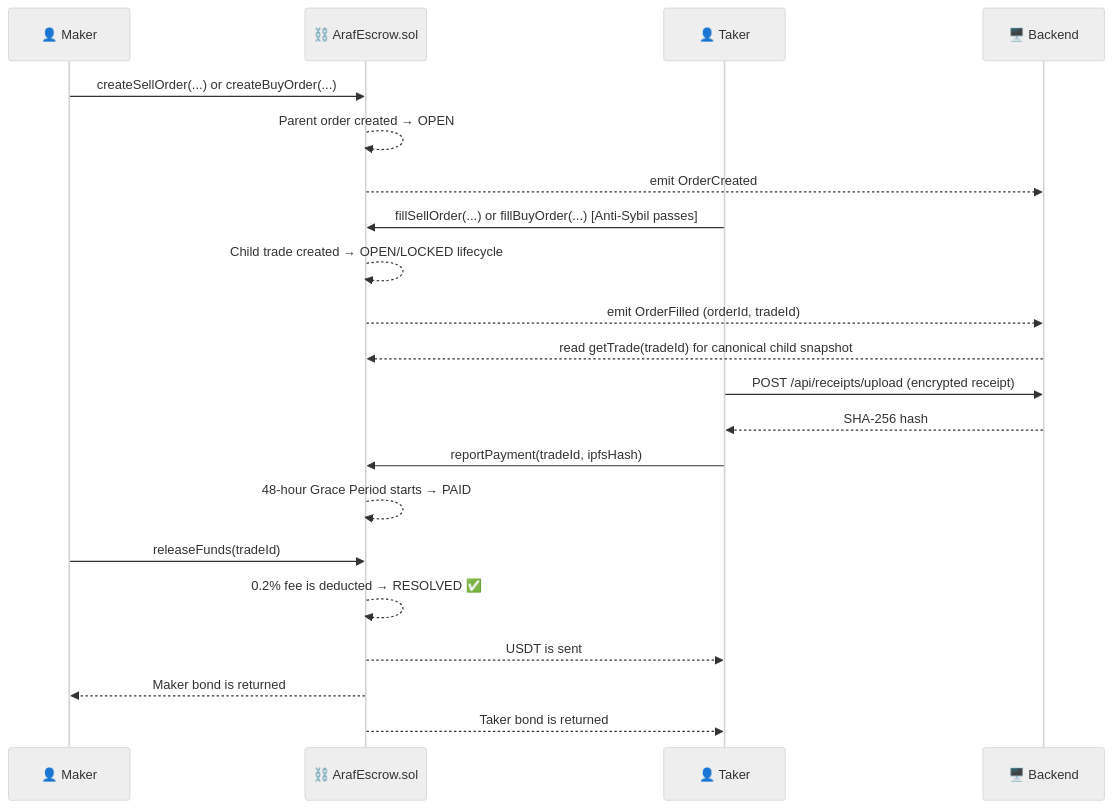
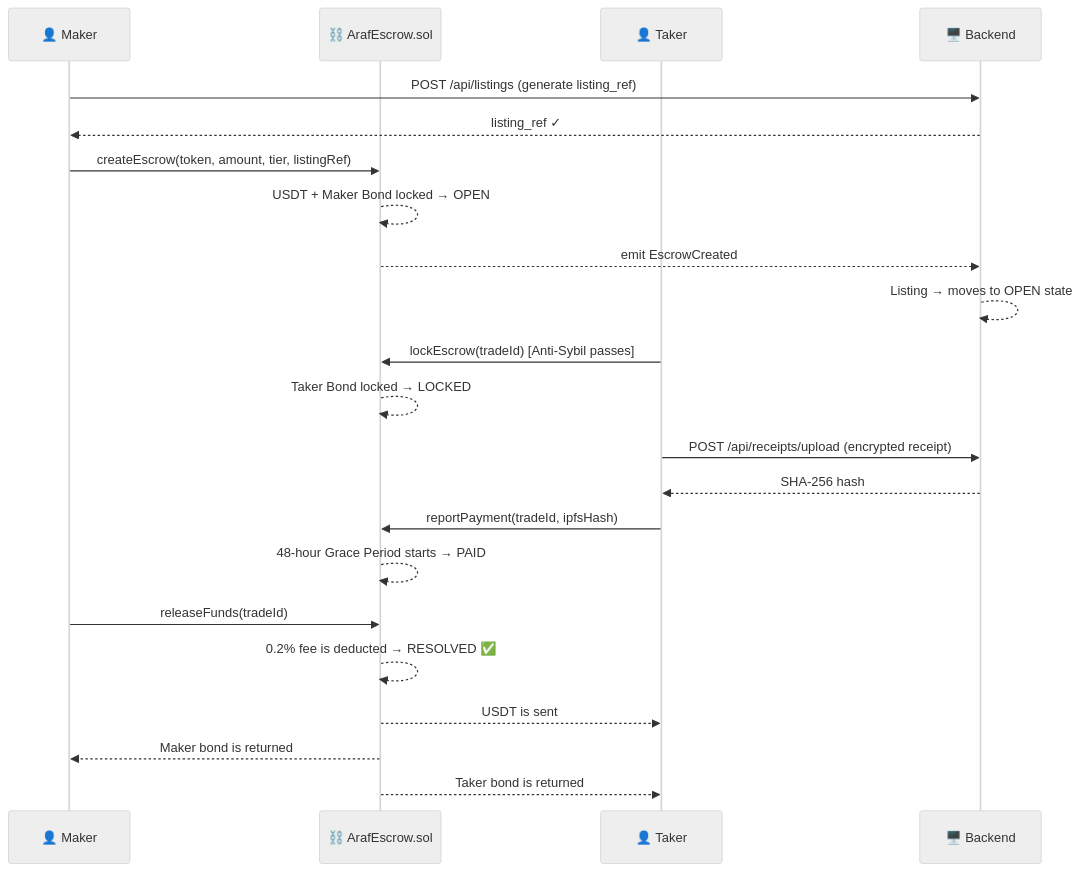
Before and after one commit to MyDemir/Araf-Protokol: the third of 9 diagrams in docs/EN/ARCHITECTURE.md, drawn with Mermaid (neutral theme). The commit also changed other lines of this file and 1 other file, not shown here.

Commit message:
revert(docs): rollback architecture documentation updates

````diff
--- a/docs/EN/ARCHITECTURE.md
+++ b/docs/EN/ARCHITECTURE.md
@@ -255,27 +255,28 @@
 ```mermaid
 sequenceDiagram
     participant M as 👤 Maker
     participant SC as ⛓️ ArafEscrow.sol
     participant T as 👤 Taker
     participant B as 🖥️ Backend
 
-    M->>SC: createSellOrder(...) or createBuyOrder(...)
-    SC-->>SC: Parent order created → OPEN
-    SC-->>B: emit OrderCreated
+    M->>B: POST /api/listings (generate listing_ref)
+    B-->>M: listing_ref ✓
+    M->>SC: createEscrow(token, amount, tier, listingRef)
+    SC-->>SC: USDT + Maker Bond locked → OPEN
+    SC-->>B: emit EscrowCreated
+    B-->>B: Listing → moves to OPEN state
 
-    T->>SC: fillSellOrder(...) or fillBuyOrder(...) [Anti-Sybil passes]
-    SC-->>SC: Child trade created → OPEN/LOCKED lifecycle
-    SC-->>B: emit OrderFilled (orderId, tradeId)
-    B-->>SC: read getTrade(tradeId) for canonical child snapshot
+    T->>SC: lockEscrow(tradeId) [Anti-Sybil passes]
+    SC-->>SC: Taker Bond locked → LOCKED
 
     T->>B: POST /api/receipts/upload (encrypted receipt)
     B-->>T: SHA-256 hash
     T->>SC: reportPayment(tradeId, ipfsHash)
     SC-->>SC: 48-hour Grace Period starts → PAID
 
     M->>SC: releaseFunds(tradeId)
     SC-->>SC: 0.2% fee is deducted → RESOLVED ✅
     SC-->>T: USDT is sent
     SC-->>M: Maker bond is returned
     SC-->>T: Taker bond is returned
 ```
````
